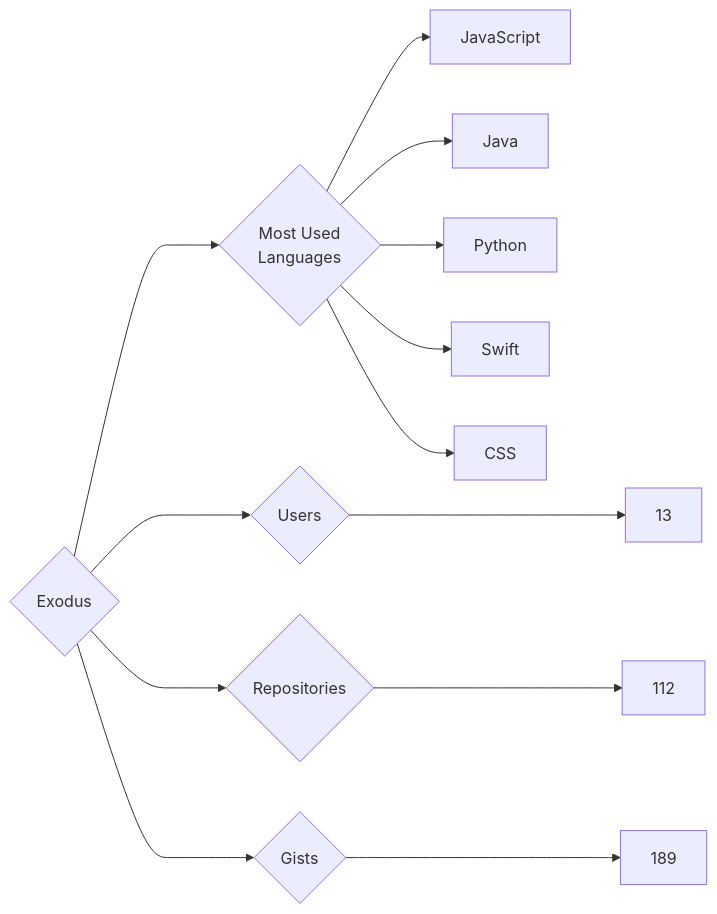
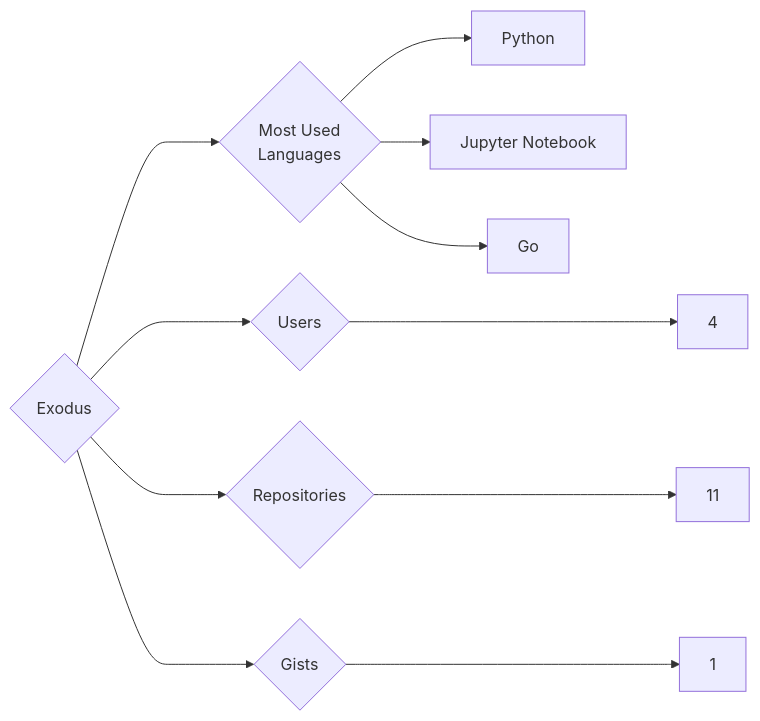
The diagram in targets/Exodus/README.md (trickest/insiders), drawn with Mermaid before and after one commit. The commit also changed 930 other files, not shown here.

````diff
--- a/targets/Exodus/README.md
+++ b/targets/Exodus/README.md
@@ -3,13 +3,11 @@
 ```mermaid
 graph LR
 COMPANY_NAME{Exodus}
-COMPANY_NAME ---> U{Users} ---> UN[13]
-COMPANY_NAME ---> R{Repositories} ---> RN[112]
-COMPANY_NAME ---> G{Gists} ---> GN[189]
+COMPANY_NAME ---> U{Users} ---> UN[4]
+COMPANY_NAME ---> R{Repositories} ---> RN[11]
+COMPANY_NAME ---> G{Gists} ---> GN[1]
 COMPANY_NAME ---> ML{Most Used<br>Languages}
-ML --> JavaScript[JavaScript]
-ML --> Java[Java]
 ML --> Python[Python]
-ML --> Swift[Swift]
-ML --> CSS[CSS]
+ML --> Jupyter_Notebook[Jupyter Notebook]
+ML --> Go[Go]
 ```
````
